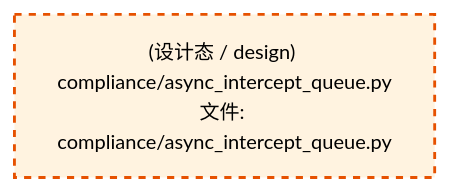
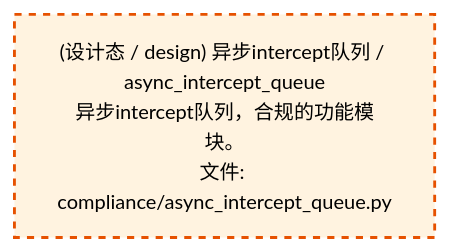
The third of 4 diagrams in docs/02_enterprise_architecture/02_domain_architecture_docs/38_d_compliance.md (xuanFelixVan/ZephyrAlpha), drawn with Mermaid before and after one commit. The commit also changed other lines of this file and 60 other files, not shown here.

````diff
--- a/docs/02_enterprise_architecture/02_domain_architecture_docs/38_d_compliance.md
+++ b/docs/02_enterprise_architecture/02_domain_architecture_docs/38_d_compliance.md
@@ -109,10 +109,10 @@
 ```mermaid
 %%{init: {'theme': 'base', 'themeVariables': {'primaryColor': '#eaeaea', 'primaryTextColor': '#333333', 'primaryBorderColor': '#666666', 'lineColor': '#666666', 'secondaryColor': '#eaeaea', 'tertiaryColor': '#eaeaea', 'fontSize': '14px'}}}%%
 flowchart TD
-    src_zephyr_compliance_async_intercept_queue_py["(设计态 / design) compliance/async_intercept_queue.py<br/>文件: compliance/async_intercept_queue.py"]
+    src_zephyr_compliance_async_intercept_queue_py["(设计态 / design) 异步intercept队列 / async_intercept_queue<br/>异步intercept队列，合规的功能模块。<br/>文件: compliance/async_intercept_queue.py"]
     classDef production fill:#e1f5fe,stroke:#01579b,stroke-width:2px,color:#000
     classDef design fill:#fff3e0,stroke:#e65100,stroke-width:2px,color:#000,stroke-dasharray: 5 5
     classDef external_prod fill:#e8f4fd,stroke:#0277bd,stroke-width:1px,color:#000
     classDef external_design fill:#fff8e7,stroke:#ef6c00,stroke-width:1px,color:#000,stroke-dasharray: 5 5
     class src_zephyr_compliance_async_intercept_queue_py design
 ```
````
